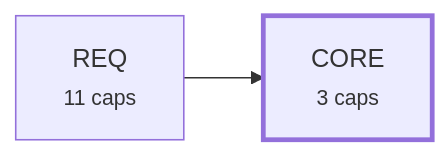
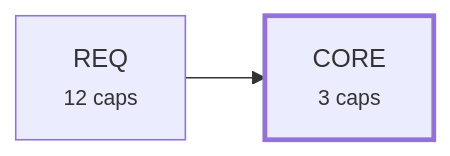
One commit to alxmax/Requirement-manager changed the third of 4 diagrams in plugin/requirements/_map.md. Above: the diagram before and after it, drawn with Mermaid. The commit also changed other lines of this file and 9 other files, not shown here.

````diff
--- a/plugin/requirements/_map.md
+++ b/plugin/requirements/_map.md
@@ -124,7 +130,7 @@
 ```mermaid
 graph LR
   a_CORE["CORE<br><small>3 caps</small>"]
-  a_REQ["REQ<br><small>11 caps</small>"]
+  a_REQ["REQ<br><small>12 caps</small>"]
   a_REQ --> a_CORE
   style a_CORE stroke-width:3px
 ```
````
